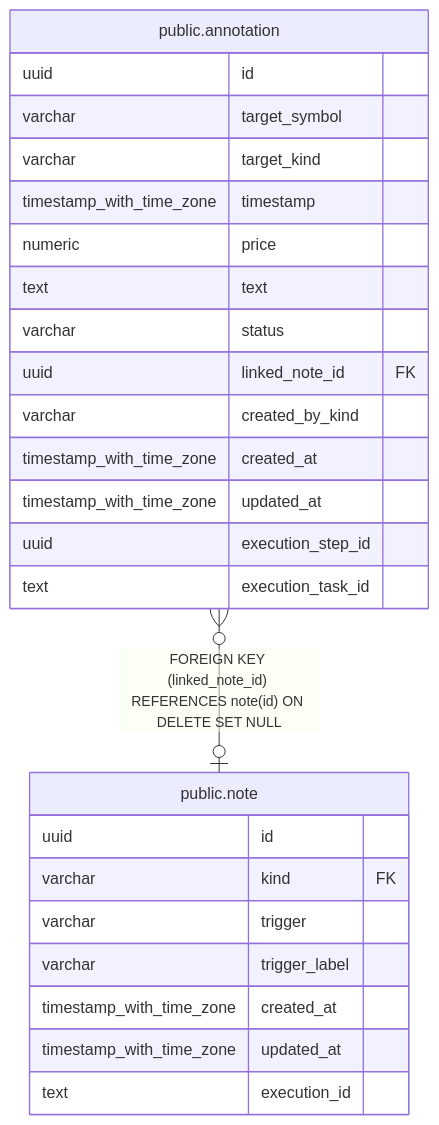
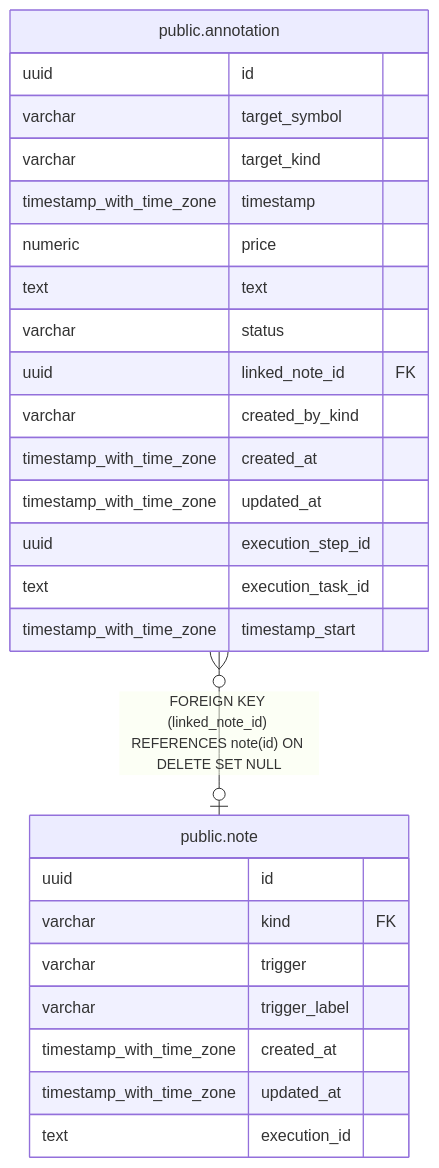
Before and after one commit to fohte/t-rader: the diagram in backend/docs/db/public.annotation.md, drawn with Mermaid. The commit also changed other lines of this file and 27 other files, not shown here.

````diff
--- a/backend/docs/db/public.annotation.md
+++ b/backend/docs/db/public.annotation.md
@@ -45,30 +46,31 @@
 ```mermaid
 erDiagram
 
 "public.annotation" }o--o| "public.note" : "FOREIGN KEY (linked_note_id) REFERENCES note(id) ON DELETE SET NULL"
 
 "public.annotation" {
   uuid id
   varchar target_symbol
   varchar target_kind
   timestamp_with_time_zone timestamp
   numeric price
   text text
   varchar status
   uuid linked_note_id FK
   varchar created_by_kind
   timestamp_with_time_zone created_at
   timestamp_with_time_zone updated_at
   uuid execution_step_id
   text execution_task_id
+  timestamp_with_time_zone timestamp_start
 }
 "public.note" {
   uuid id
   varchar kind FK
   varchar trigger
   varchar trigger_label
   timestamp_with_time_zone created_at
   timestamp_with_time_zone updated_at
   text execution_id
 }
 ```
````
